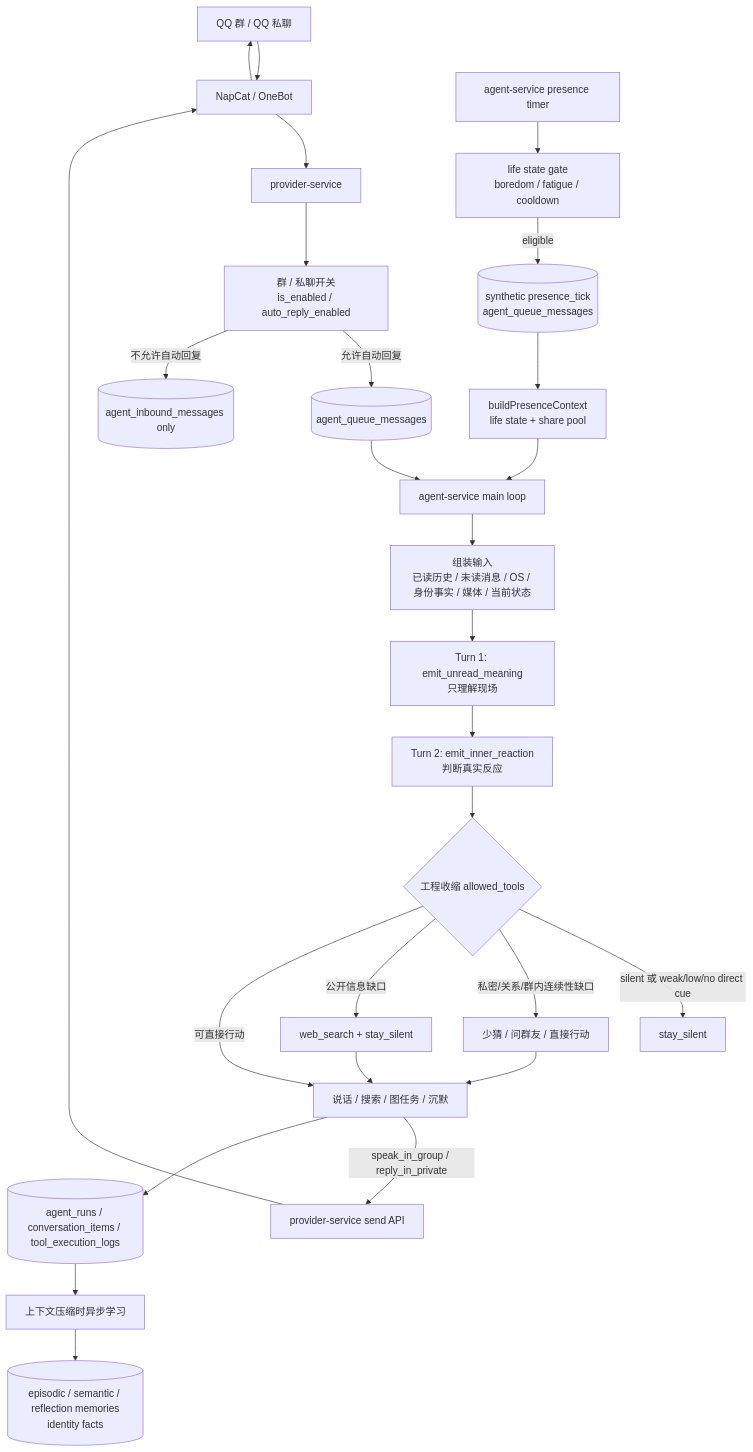
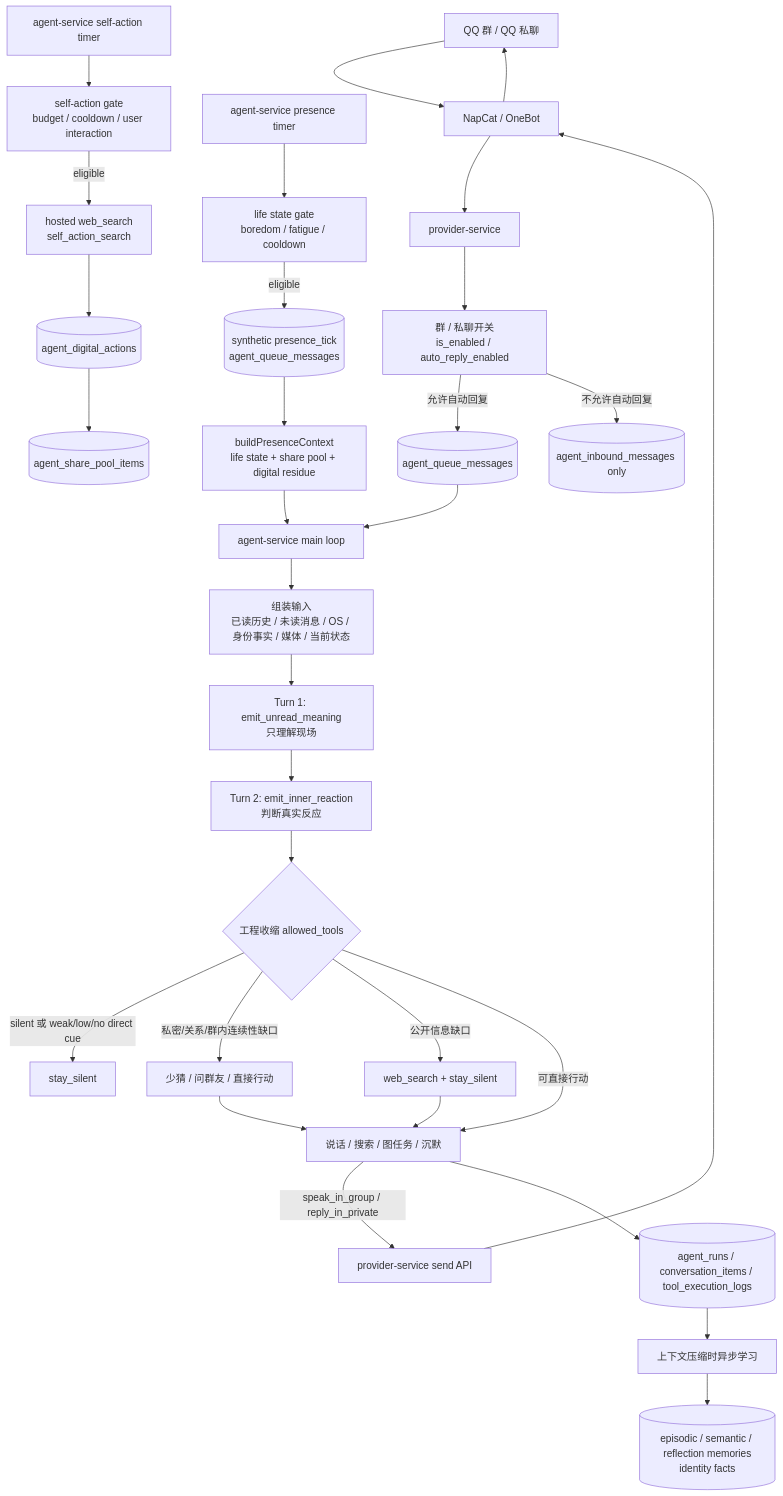
Before and after one commit to Hei-AI/xiaoni_cc: the first of 9 diagrams in docs/XIAONI_SPEAKING_FLOW.md, drawn with Mermaid. The commit also changed other lines of this file and 29 other files, not shown here.

First line of the commit message:
feat(agent): add Xiaoni self-action web search loop

````diff
--- a/docs/XIAONI_SPEAKING_FLOW.md
+++ b/docs/XIAONI_SPEAKING_FLOW.md
@@ -13,33 +13,37 @@
 ```mermaid
 flowchart TD
   QQ[QQ 群 / QQ 私聊] --> NapCat[NapCat / OneBot]
   NapCat --> Provider[provider-service]
 
   Provider --> Policy[群 / 私聊开关<br/>is_enabled / auto_reply_enabled]
   Policy -->|允许自动回复| Queue[(agent_queue_messages)]
   Policy -->|不允许自动回复| InboxOnly[(agent_inbound_messages only)]
 
   AgentTimer[agent-service presence timer] --> LifeGate[life state gate<br/>boredom / fatigue / cooldown]
   LifeGate -->|eligible| PresenceQueue[(synthetic presence_tick<br/>agent_queue_messages)]
+  SelfActionTimer[agent-service self-action timer] --> SelfGate[self-action gate<br/>budget / cooldown / user interaction]
+  SelfGate -->|eligible| SelfSearch[hosted web_search<br/>self_action_search]
+  SelfSearch --> DigitalActions[(agent_digital_actions)]
+  DigitalActions --> SharePool[(agent_share_pool_items)]
 
   Queue --> Loop[agent-service main loop]
-  PresenceQueue --> PresenceCtx[buildPresenceContext<br/>life state + share pool]
+  PresenceQueue --> PresenceCtx[buildPresenceContext<br/>life state + share pool + digital residue]
   PresenceCtx --> Loop
 
   Loop --> Context[组装输入<br/>已读历史 / 未读消息 / OS / 身份事实 / 媒体 / 当前状态]
   Context --> U1[Turn 1: emit_unread_meaning<br/>只理解现场]
   U1 --> U2[Turn 2: emit_inner_reaction<br/>判断真实反应]
   U2 --> Gate{工程收缩 allowed_tools}
   Gate -->|silent 或 weak/low/no direct cue| Silent[stay_silent]
   Gate -->|私密/关系/群内连续性缺口| AskOrAct[少猜 / 问群友 / 直接行动]
   Gate -->|公开信息缺口| Search[web_search + stay_silent]
   AskOrAct --> Action[说话 / 搜索 / 图任务 / 沉默]
   Search --> Action
   Gate -->|可直接行动| Action
   Action -->|speak_in_group / reply_in_private| ProviderSend[provider-service send API]
   ProviderSend --> NapCat --> QQ
 
   Action --> Record[(agent_runs / conversation_items / tool_execution_logs)]
   Record --> Learn[上下文压缩时异步学习]
   Learn --> Memory[(episodic / semantic / reflection memories<br/>identity facts)]
 ```
````
